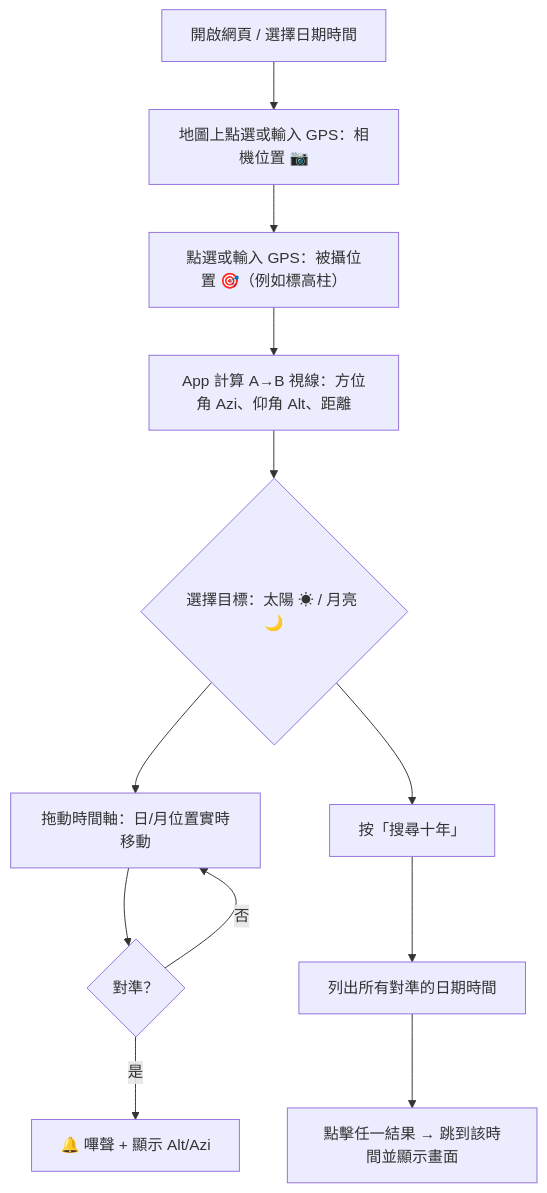
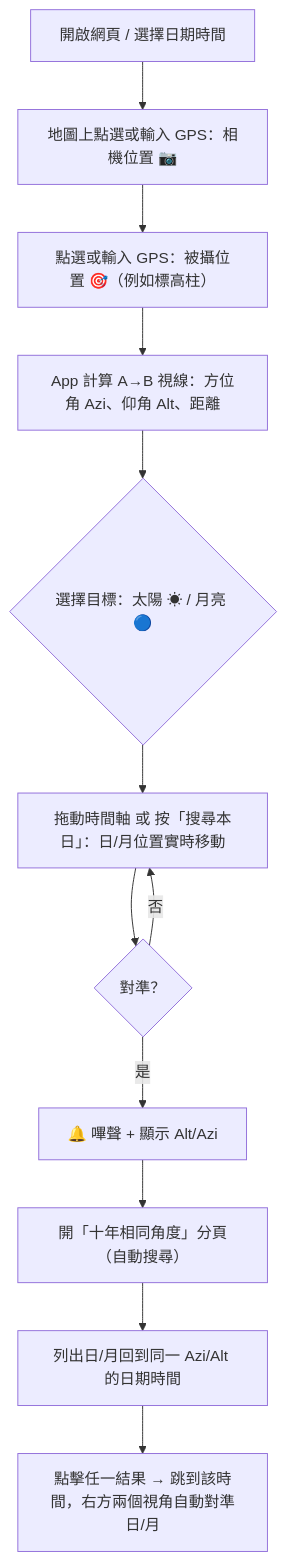
The first of 2 diagrams in README.md (inchinet/sun-moon-trail), drawn with Mermaid before and after one commit. The commit also changed other lines of this file, not shown here.

````diff
--- a/README.md
+++ b/README.md
@@ -81,14 +81,14 @@
 ```mermaid
 flowchart TD
     A["開啟網頁 / 選擇日期時間"] --> B["地圖上點選或輸入 GPS：相機位置 📷"]
     B --> C["點選或輸入 GPS：被攝位置 🎯（例如標高柱）"]
     C --> D["App 計算 A→B 視線：方位角 Azi、仰角 Alt、距離"]
-    D --> E{"選擇目標：太陽 ☀ / 月亮 🌙"}
-    E --> F["拖動時間軸：日/月位置實時移動"]
+    D --> E{"選擇目標：太陽 ☀ / 月亮 🔵"}
+    E --> F["拖動時間軸 或 按「搜尋本日」：日/月位置實時移動"]
     F --> G{"對準？"}
     G -- "是" --> H["🔔 嗶聲 + 顯示 Alt/Azi"]
     G -- "否" --> F
-    E --> I["按「搜尋十年」"]
-    I --> J["列出所有對準的日期時間"]
-    J --> K["點擊任一結果 → 跳到該時間並顯示畫面"]
+    H --> I["開「十年相同角度」分頁（自動搜尋）"]
+    I --> J["列出日/月回到同一 Azi/Alt 的日期時間"]
+    J --> K["點擊任一結果 → 跳到該時間，右方兩個視角自動對準日/月"]
 ```
````
